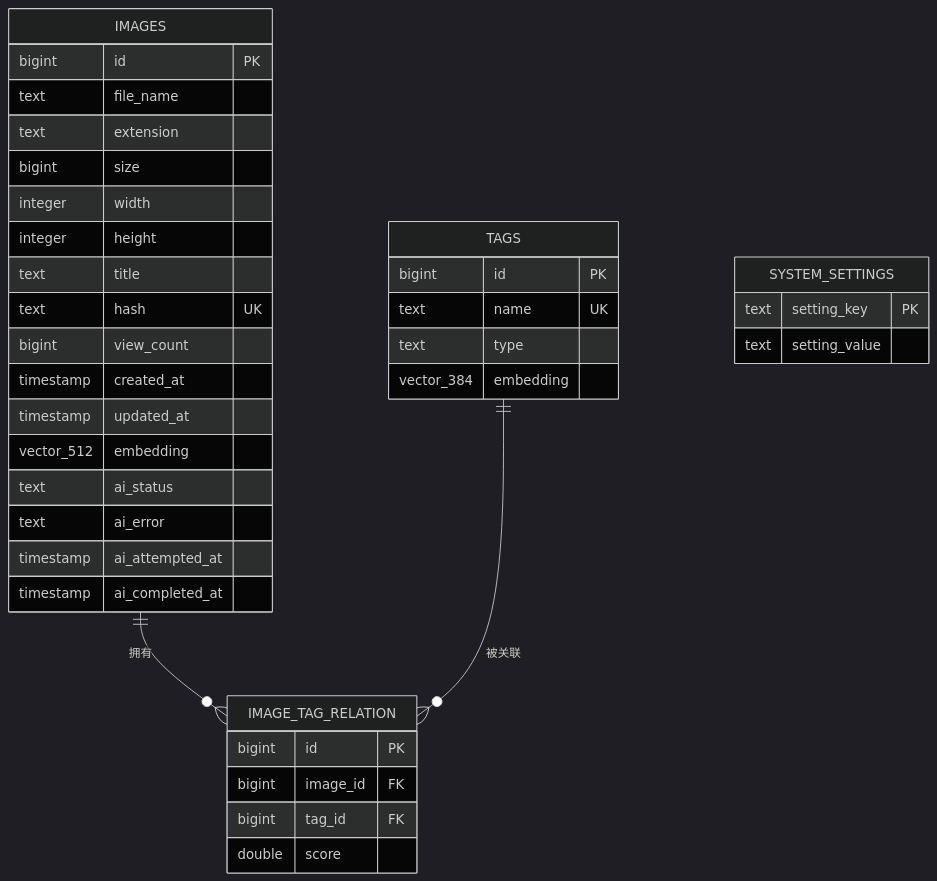
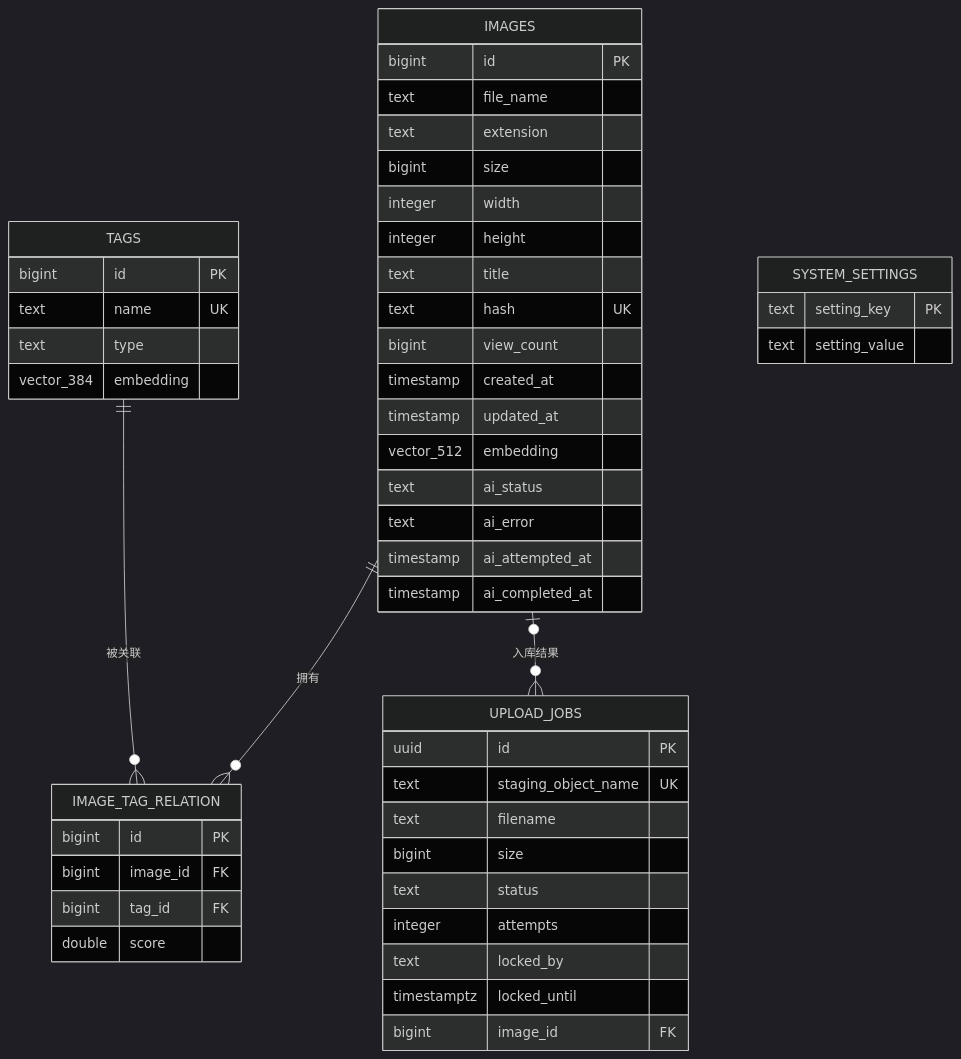
The first of 3 diagrams in docs/data-model.md (tamakara/bakabooru), drawn with Mermaid (dark theme) before and after one commit. The commit also changed other lines of this file and 31 other files, not shown here.

````diff
--- a/docs/data-model.md
+++ b/docs/data-model.md
@@ -7,43 +7,57 @@
 ```mermaid
 erDiagram
     IMAGES ||--o{ IMAGE_TAG_RELATION : "拥有"
     TAGS ||--o{ IMAGE_TAG_RELATION : "被关联"
 
     IMAGES {
         bigint id PK
         text file_name
         text extension
         bigint size
         integer width
         integer height
         text title
         text hash UK
         bigint view_count
         timestamp created_at
         timestamp updated_at
         vector_512 embedding
         text ai_status
         text ai_error
         timestamp ai_attempted_at
         timestamp ai_completed_at
     }
 
     TAGS {
         bigint id PK
         text name UK
         text type
         vector_384 embedding
     }
 
     IMAGE_TAG_RELATION {
         bigint id PK
         bigint image_id FK
         bigint tag_id FK
         double score
     }
 
     SYSTEM_SETTINGS {
         text setting_key PK
         text setting_value
     }
+
+    UPLOAD_JOBS {
+        uuid id PK
+        text staging_object_name UK
+        text filename
+        bigint size
+        text status
+        integer attempts
+        text locked_by
+        timestamptz locked_until
+        bigint image_id FK
+    }
+
+    IMAGES o|--o{ UPLOAD_JOBS : "入库结果"
 ```
````
